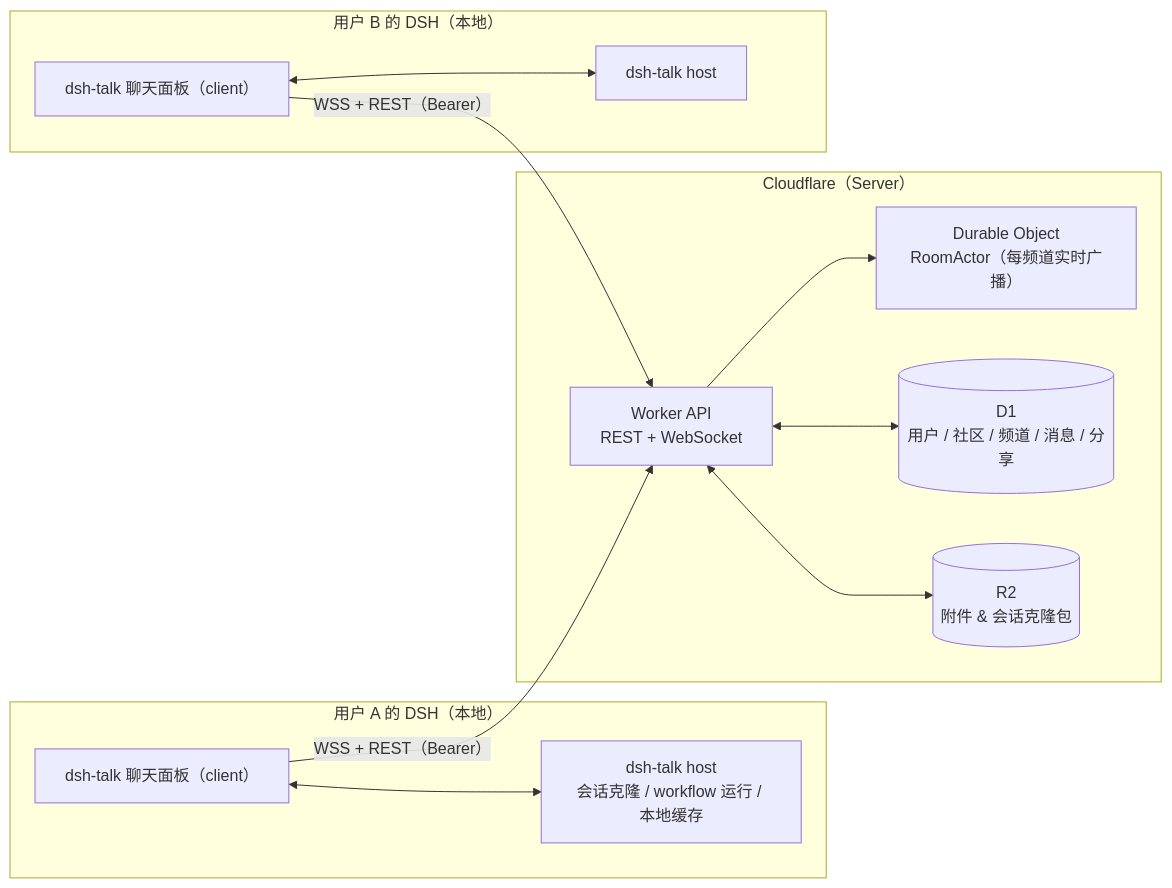
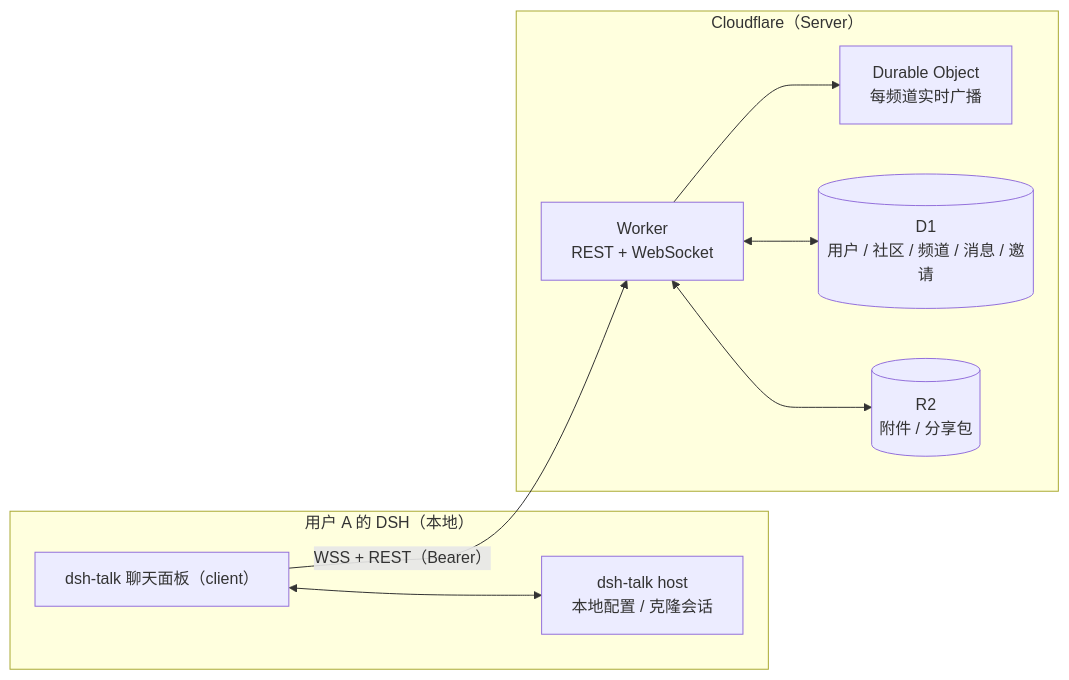
One commit to seolhw/dsh-hello-plugin changed the diagram in README.md. Above: the diagram before and after it, drawn with Mermaid. The commit also changed other lines of this file and 28 other files, not shown here.

````diff
--- a/README.md
+++ b/README.md
@@ -27,24 +120,18 @@
 ```mermaid
 flowchart LR
     subgraph A["用户 A 的 DSH（本地）"]
         UI["dsh-talk 聊天面板（client）"]
-        HOST["dsh-talk host<br/>会话克隆 / workflow 运行 / 本地缓存"]
+        HOST["dsh-talk host<br/>本地配置 / 克隆会话"]
         UI <--> HOST
     end
     subgraph C["Cloudflare（Server）"]
-        API["Worker API<br/>REST + WebSocket"]
-        DO["Durable Object<br/>RoomActor（每频道实时广播）"]
-        D1[("D1<br/>用户 / 社区 / 频道 / 消息 / 分享")]
-        R2[("R2<br/>附件 & 会话克隆包")]
+        API["Worker<br/>REST + WebSocket"]
+        DO["Durable Object<br/>每频道实时广播"]
+        D1[("D1<br/>用户 / 社区 / 频道 / 消息 / 邀请")]
+        R2[("R2<br/>附件 / 分享包")]
         API --> DO
         API <--> D1
         API <--> R2
     end
-    subgraph B["用户 B 的 DSH（本地）"]
-        UI2["dsh-talk 聊天面板（client）"]
-        HOST2["dsh-talk host"]
-        UI2 <--> HOST2
-    end
     UI -- "WSS + REST（Bearer）" --> API
-    UI2 -- "WSS + REST（Bearer）" --> API
 ```
````
